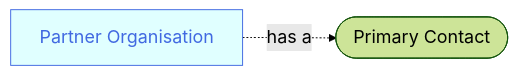
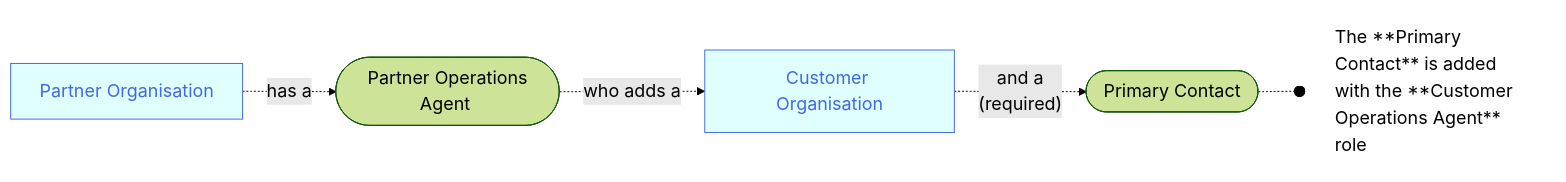
Before and after one commit to joe-dorward/samples: the first of 2 diagrams in 2025_Sage/02_Scenario - Customer organisation.mdx, drawn with Mermaid.

Commit message:
Update 02_Scenario - Customer organisation.mdx

````diff
--- a/2025_Sage/02_Scenario - Customer organisation.mdx
+++ b/2025_Sage/02_Scenario - Customer organisation.mdx
@@ -1,20 +1,25 @@
 ```mermaid
 %%{
   init: {
     'theme': 'forest',
     'themeVariables': {
       'fontSize':'14pt'
     }
   }
 }%%
 flowchart LR
   classDef Sage fill:seagreen, color:honeydew;
   classDef Noun fill:lightcyan, stroke:royalblue, color:royalblue;
   classDef Note fill:white, stroke:white, text-align:left;
 
   PARTNER_ORGANISATION_01[Partner Organisation]-.has a.->
-  PRIMARY_CONTACT_01([&nbsp;Primary Contact&nbsp;])
+  PARTNER_OPERATIONS_AGENT_01([&nbsp;Partner Operations Agent&nbsp;])-.who adds a.->
+  CUSTOMER_ORGANISATION_01[Customer Organisation]-.and a<br/>(required).->
+  PRIMARY_CONTACT_01([&nbsp;Primary Contact&nbsp;])-.-o
+  PRIMARY_CONTACT_01_NOTE[The **Primary Contact** is added with the **Customer Operations Agent** role]
 
-  class PARTNER_ORGANISATION_01 Noun
 
+
+  class PARTNER_ORGANISATION_01,CUSTOMER_ORGANISATION_01 Noun
+  class PRIMARY_CONTACT_01_NOTE Note
 ```
````
